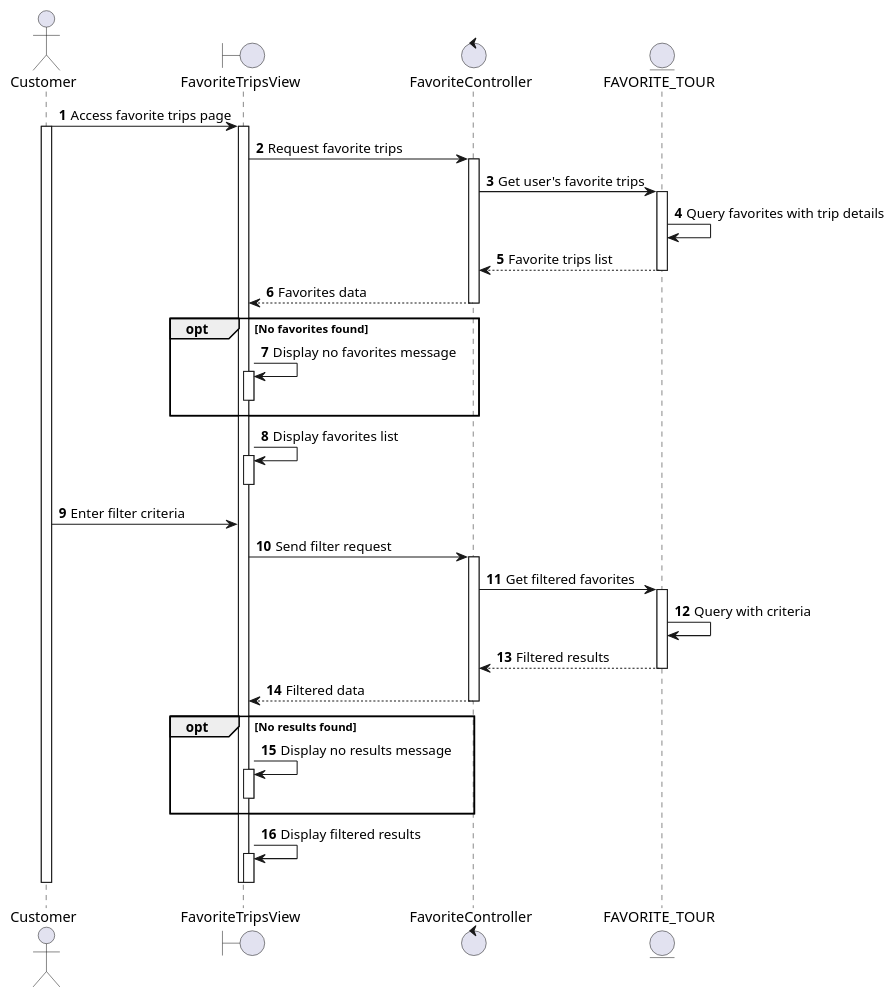
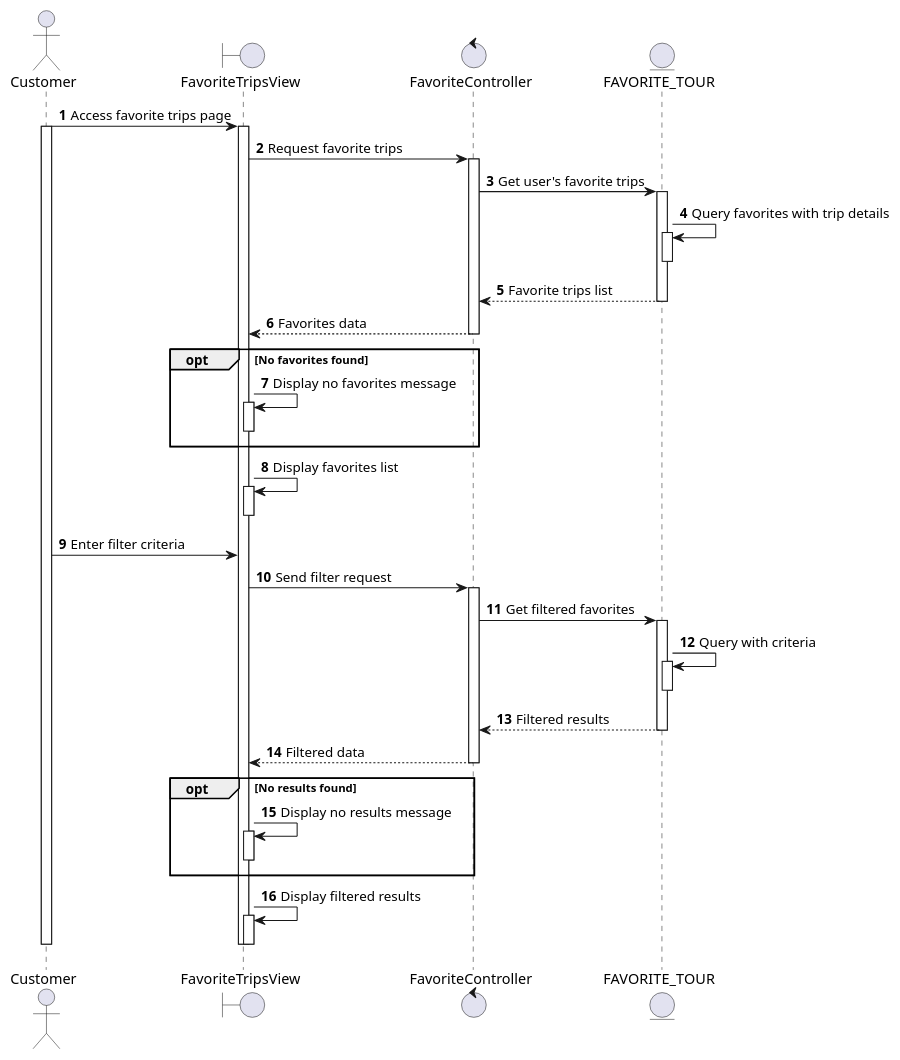
The diagram in docs/docs/sequence/adjust-favorite-trips/view-and-filter-favorite-trips.md (se113-wm/se113-wm.github.io), drawn with PlantUML before and after one commit. The commit also changed 37 other files, not shown here.

First line of the commit message:
Refactor sequence diagrams for booking and trip management

````diff
--- a/docs/docs/sequence/adjust-favorite-trips/view-and-filter-favorite-trips.md
+++ b/docs/docs/sequence/adjust-favorite-trips/view-and-filter-favorite-trips.md
@@ -3,58 +3,62 @@
 ```plantuml
 @startuml
 autonumber
 
 actor Customer as C
 boundary FavoriteTripsView as FTV
 control FavoriteController as FC
 entity FAVORITE_TOUR as FT
 
 C -> FTV: Access favorite trips page
 activate C
 activate FTV
 FTV -> FC: Request favorite trips
 activate FC
 FC -> FT: Get user's favorite trips
 activate FT
 FT -> FT: Query favorites with trip details
+activate FT
+deactivate FT
 FC <-- FT: Favorite trips list
 deactivate FT
 FTV <-- FC: Favorites data
 deactivate FC
 
 opt No favorites found
   FTV -> FTV: Display no favorites message
   activate FTV
   deactivate FTV
 end
 
 FTV -> FTV: Display favorites list
 activate FTV
 deactivate FTV
 
 C -> FTV: Enter filter criteria
 FTV -> FC: Send filter request
 activate FC
 FC -> FT: Get filtered favorites
 activate FT
 FT -> FT: Query with criteria
+activate FT
+deactivate FT
 FC <-- FT: Filtered results
 deactivate FT
 FTV <-- FC: Filtered data
 deactivate FC
 
 opt No results found
   FTV -> FTV: Display no results message
   activate FTV
   deactivate FTV
 end
 
 FTV -> FTV: Display filtered results
 activate FTV
 deactivate FTV
 
 deactivate FTV
 deactivate C
 
 @enduml
 ```
````
